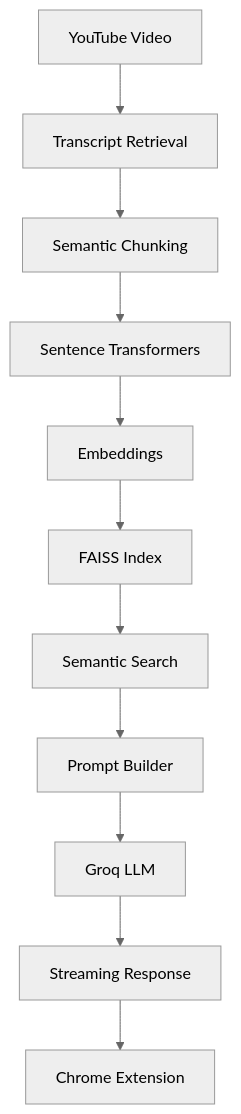
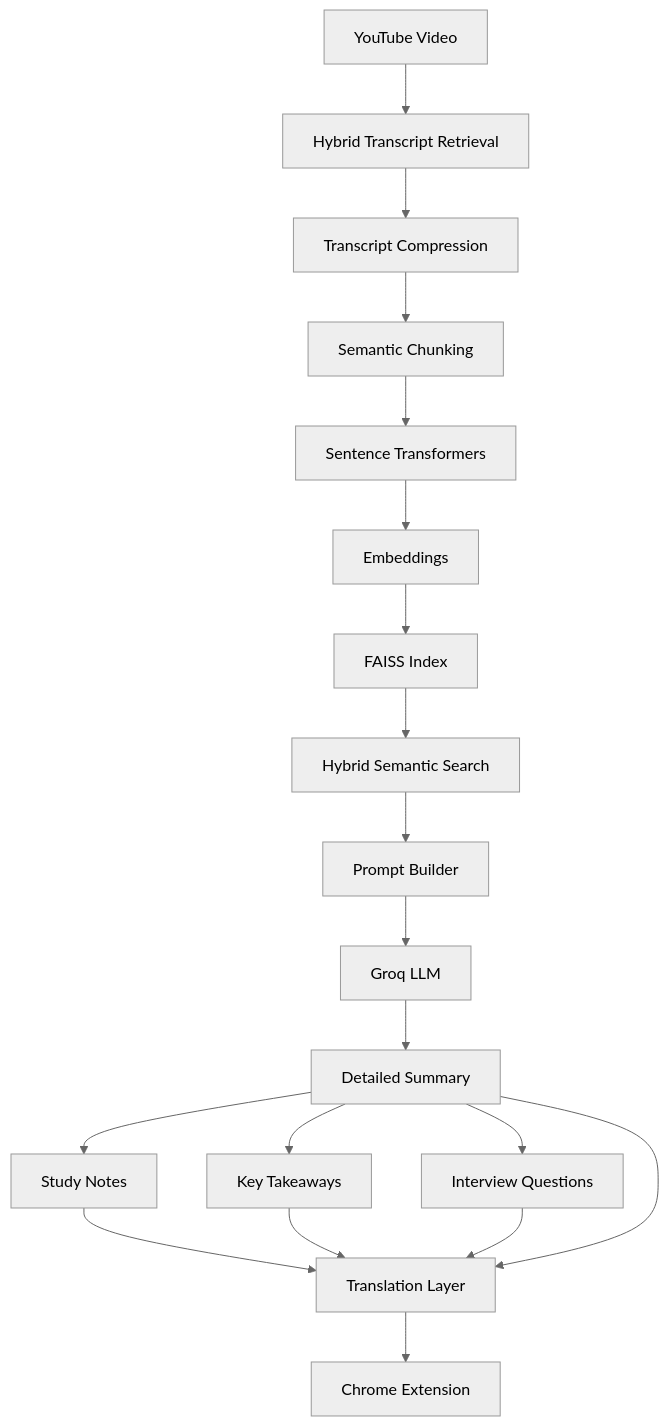
The diagram in README.md (Omkar-narsale/TubeMind-AI), drawn with Mermaid (neutral theme) before and after one commit. The commit also changed other lines of this file, not shown here.

````diff
--- a/README.md
+++ b/README.md
@@ -102,13 +180,50 @@
 ```mermaid
 flowchart TD
-A[YouTube Video] --> B[Transcript Retrieval]
-B --> C[Semantic Chunking]
-C --> D[Sentence Transformers]
-D --> E[Embeddings]
-E --> F[FAISS Index]
-F --> G[Semantic Search]
-G --> H[Prompt Builder]
-H --> I[Groq LLM]
-I --> J[Streaming Response]
-J --> K[Chrome Extension]
+
+A[YouTube Video]
+--> B[Hybrid Transcript Retrieval]
+
+B
+--> C[Transcript Compression]
+
+C
+--> D[Semantic Chunking]
+
+D
+--> E[Sentence Transformers]
+
+E
+--> F[Embeddings]
+
+F
+--> G[FAISS Index]
+
+G
+--> H[Hybrid Semantic Search]
+
+H
+--> I[Prompt Builder]
+
+I
+--> J[Groq LLM]
+
+J
+--> K[Detailed Summary]
+
+K
+--> L[Study Notes]
+
+K
+--> M[Key Takeaways]
+
+K
+--> N[Interview Questions]
+
+L --> O[Translation Layer]
+M --> O
+N --> O
+K --> O
+
+O
+--> P[Chrome Extension]
 ```
````
